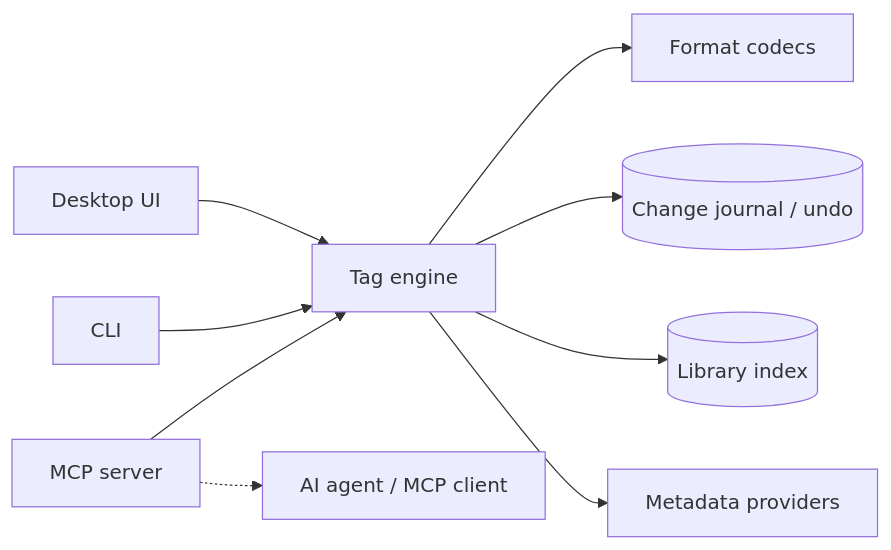
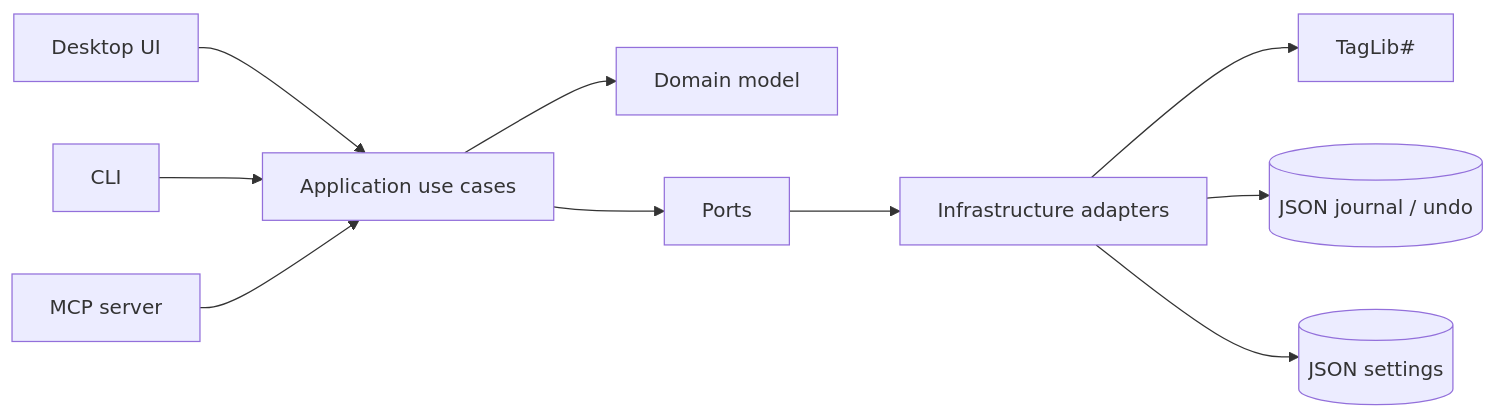
The diagram in README.md (mostmand/tagger), drawn with Mermaid before and after one commit. The commit also changed other lines of this file and 161 other files, not shown here.

````diff
--- a/README.md
+++ b/README.md
@@ -247,11 +272,12 @@
 ```mermaid
 flowchart LR
-    UI[Desktop UI] --> CORE[Tag engine]
-    CLI[CLI] --> CORE
-    MCP[MCP server] --> CORE
-    CORE --> FMT[Format codecs]
-    CORE --> JOURNAL[(Change journal / undo)]
-    CORE --> INDEX[(Library index)]
-    CORE --> PROV[Metadata providers]
-    MCP -.-> AGENT[AI agent / MCP client]
+    UI[Desktop UI] --> APP[Application use cases]
+    CLI[CLI] --> APP
+    MCP[MCP server] --> APP
+    APP --> DOMAIN[Domain model]
+    APP --> PORTS[Ports]
+    PORTS --> INFRA[Infrastructure adapters]
+    INFRA --> TAGLIB[TagLib#]
+    INFRA --> JOURNAL[(JSON journal / undo)]
+    INFRA --> SETTINGS[(JSON settings)]
 ```
````
